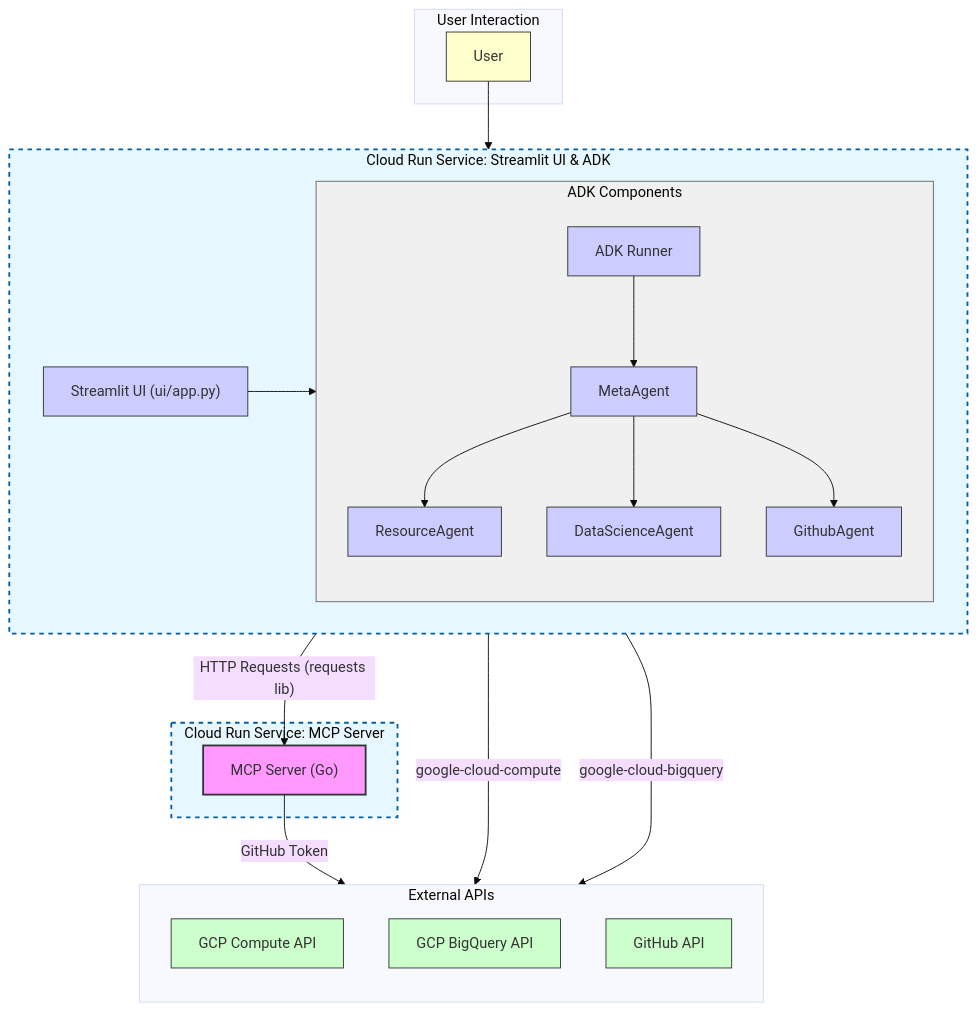
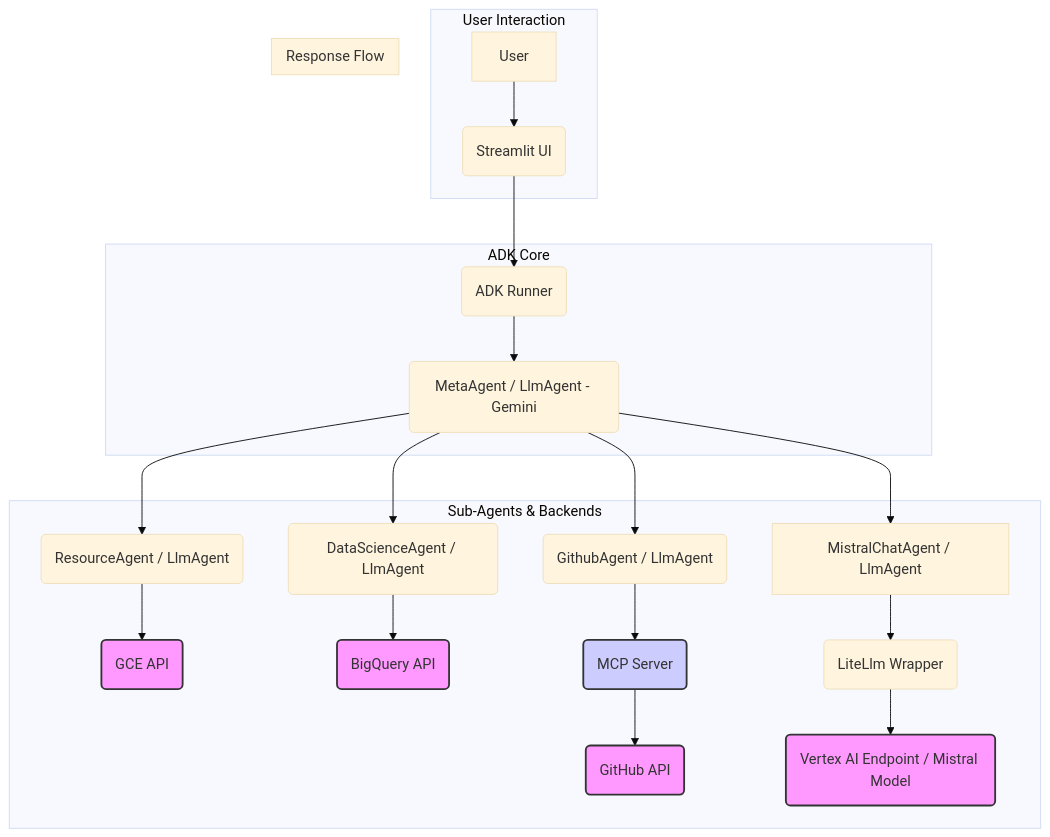
One commit to samberthol/adk-demo changed the diagram in assets/td-flow-chart.mermaid. Above: the diagram before and after it, drawn with Mermaid (base theme). The commit also changed 2 other files, not shown here.

Commit message:
working build with mistral

````diff
--- a/assets/td-flow-chart.mermaid
+++ b/assets/td-flow-chart.mermaid
@@ -1,53 +1,48 @@
 ```mermaid
 graph TD
-    subgraph UserInteraction ["User Interaction"]
-        User["User"]
+    subgraph "User Interaction"
+        U[User] --> ST(Streamlit UI);
     end
 
-    subgraph CloudRunService1 ["Cloud Run Service: Streamlit UI & ADK"]
-        direction LR
-        StreamlitUI["Streamlit UI (ui/app.py)"]
-        subgraph ADKComponents ["ADK Components"]
-            direction TB
-            Runner["ADK Runner"] --> MetaAgent["MetaAgent"];
-            MetaAgent --> ResourceAgent["ResourceAgent"];
-            MetaAgent --> DataScienceAgent["DataScienceAgent"];
-            MetaAgent --> GithubAgent["GithubAgent"];
-        end
-        StreamlitUI --> Runner;
+    subgraph "ADK Core"
+        ST --> R(ADK Runner);
+        R --> MA(MetaAgent / LlmAgent - Gemini);
     end
 
-    subgraph CloudRunService2 ["Cloud Run Service: MCP Server"]
-        MCPServer["MCP Server (Go)"]
+    subgraph "Sub-Agents & Backends"
+        MA --> RA(ResourceAgent / LlmAgent);
+        RA --> GCE(GCE API);
+
+        MA --> DA(DataScienceAgent / LlmAgent);
+        DA --> BQ(BigQuery API);
+
+        MA --> GA(GithubAgent / LlmAgent);
+        GA --> MCP(MCP Server);
+        MCP --> GH(GitHub API);
+
+        MA --> MCA[MistralChatAgent / LlmAgent];
+        MCA --> LLM(LiteLlm Wrapper);
+        LLM --> VTX(Vertex AI Endpoint / Mistral Model);
     end
 
-    subgraph ExternalAPIs ["External APIs"]
-        direction TB
-        GCPCompute["GCP Compute API"]
-        GCPBigQuery["GCP BigQuery API"]
-        GitHubAPI["GitHub API"]
+    subgraph "Response Flow"
+        RA
+        MA;
+        DA
+        MA;
+        GA
+        MA;
+        MCA
+        MA;
+        MA
+        R;
+        R
+        ST;
     end
 
-    User --> StreamlitUI;
-
-    ResourceAgent -- "google-cloud-compute" --> GCPCompute;
-    DataScienceAgent -- "google-cloud-bigquery" --> GCPBigQuery;
-    GithubAgent -- "HTTP Requests (requests lib)" --> MCPServer;
-
-    MCPServer -- "GitHub Token" --> GitHubAPI;
-
-    classDef cloudrun fill:#f9f,stroke:#333,stroke-width:2px;
-    classDef adk fill:#ccf,stroke:#333,stroke-width:1px;
-    classDef external fill:#cfc,stroke:#333,stroke-width:1px;
-    classDef user fill:#ffc,stroke:#333,stroke-width:1px;
-
-    class User user;
-    class StreamlitUI,Runner,MetaAgent,ResourceAgent,DataScienceAgent,GithubAgent adk;
-    class MCPServer cloudrun;
-    class GCPCompute,GCPBigQuery,GitHubAPI external;
-
-
-    style CloudRunService1 fill:#e6f7ff,stroke:#005ea5,stroke-width:2px,stroke-dasharray: 5 5
-    style CloudRunService2 fill:#e6f7ff,stroke:#005ea5,stroke-width:2px,stroke-dasharray: 5 5
-    style ADKComponents fill:#f0f0f0,stroke:#666,stroke-width:1px
+    style GCE fill:#f9f,stroke:#333,stroke-width:2px;
+    style BQ fill:#f9f,stroke:#333,stroke-width:2px;
+    style GH fill:#f9f,stroke:#333,stroke-width:2px;
+    style VTX fill:#f9f,stroke:#333,stroke-width:2px;
+    style MCP fill:#ccf,stroke:#333,stroke-width:2px;
 ```
````
